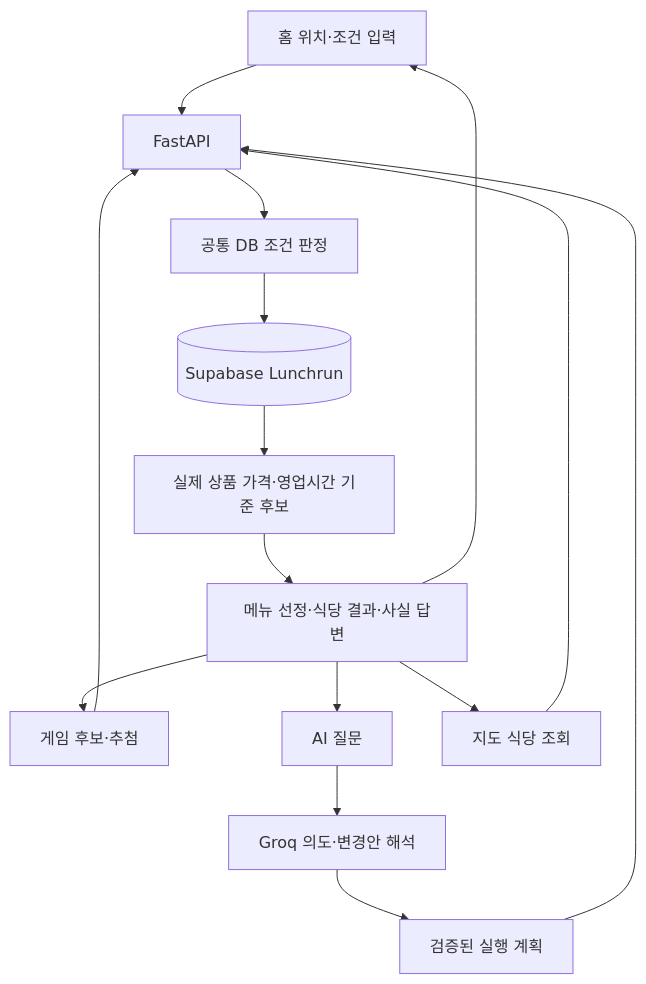
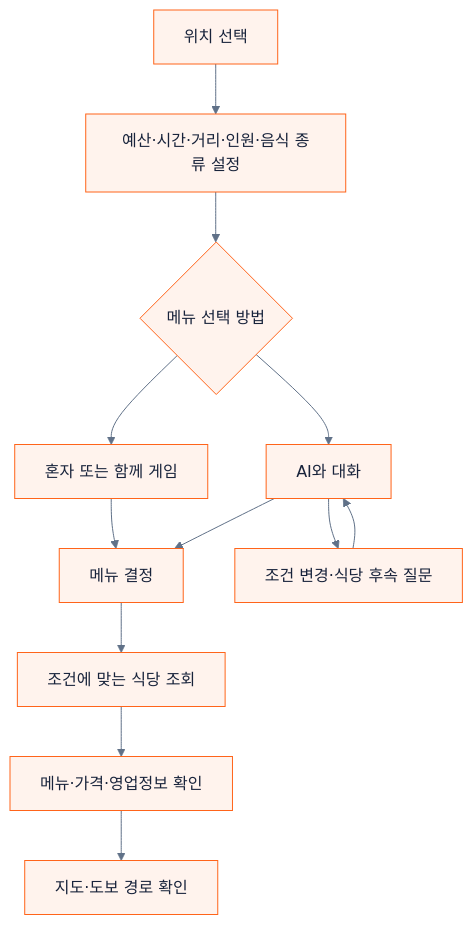
Before and after one commit to encore-ai-campus/aio-04-p1-team4: the first of 2 diagrams in README.md, drawn with Mermaid. The commit also changed other lines of this file and 111 other files, not shown here.

````diff
--- a/README.md
+++ b/README.md
@@ -141,17 +132,15 @@
 ```mermaid
+%%{init: {"theme":"base","themeVariables":{"primaryColor":"#fff3ed","primaryTextColor":"#18233b","primaryBorderColor":"#ff641a","lineColor":"#607188","fontFamily":"sans-serif"}}}%%
 flowchart TD
-    Home[홈 위치·조건 입력] --> API[FastAPI]
-    Game[게임 후보·추첨] --> API
-    Chat[AI 질문] --> Groq[Groq 의도·변경안 해석]
-    Groq --> Guard[검증된 실행 계획]
-    Guard --> API
-    Map[지도 식당 조회] --> API
-    API --> Rule[공통 DB 조건 판정]
-    Rule --> DB[(Supabase Lunchrun)]
-    DB --> Candidates[실제 상품 가격·영업시간 기준 후보]
-    Candidates --> Result[메뉴 선정·식당 결과·사실 답변]
-    Result --> Home
-    Result --> Game
-    Result --> Chat
-    Result --> Map
+    A[위치 선택] --> B[예산·시간·거리·인원·음식 종류 설정]
+    B --> C{메뉴 선택 방법}
+    C --> D[혼자 또는 함께 게임]
+    C --> E[AI와 대화]
+    D --> F[메뉴 결정]
+    E --> F
+    F --> G[조건에 맞는 식당 조회]
+    G --> H[메뉴·가격·영업정보 확인]
+    H --> I[지도·도보 경로 확인]
+    E --> J[조건 변경·식당 후속 질문]
+    J --> E
 ```
````
